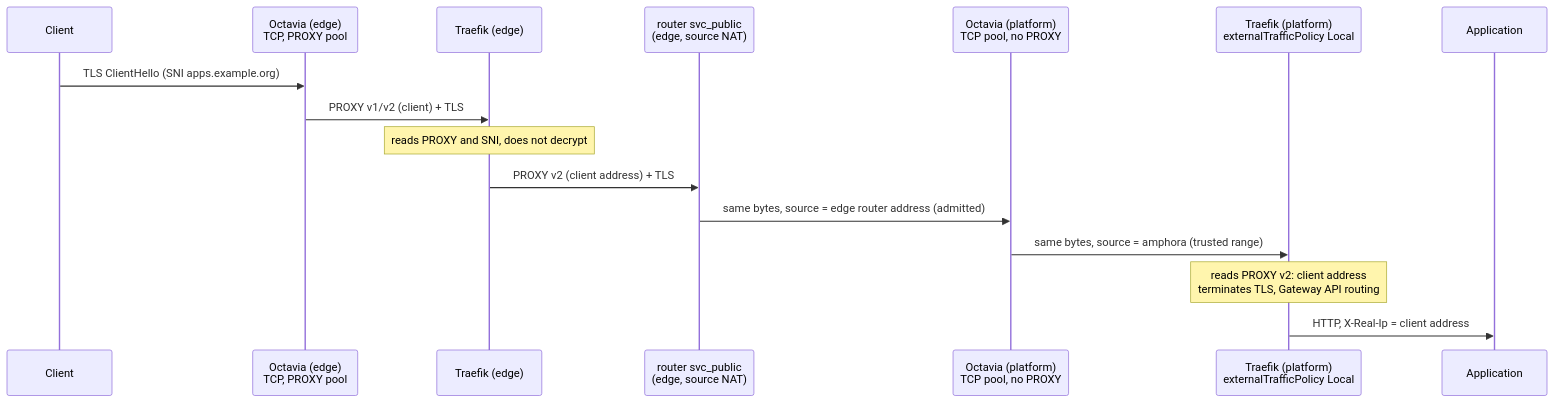
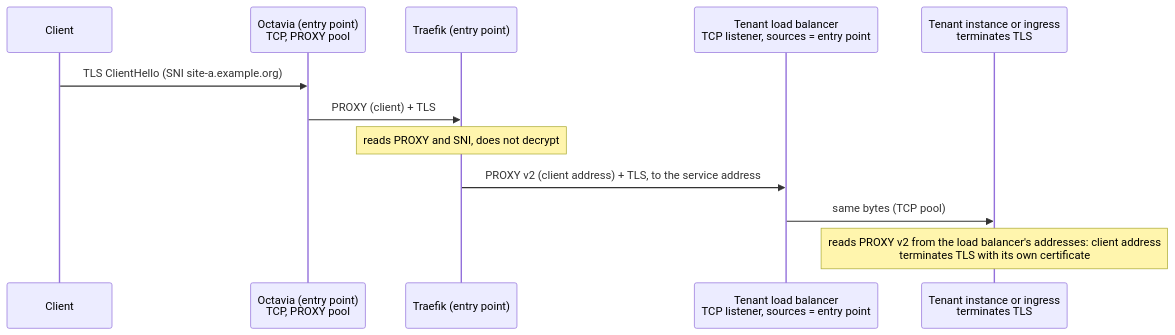
Before and after one commit to CyprisTech/openstack-multitenant-reference: the third of 8 diagrams in docs/concepts/architecture.md, drawn with Mermaid. The commit also changed other lines of this file and 67 other files, not shown here.

First line of the commit message:
Exposure by service addresses, routes through metadata, observability pushed

````diff
--- a/docs/concepts/architecture.md
+++ b/docs/concepts/architecture.md
@@ -105,18 +93,14 @@
 ```mermaid
 sequenceDiagram
     participant C as Client
-    participant E as Octavia (edge)<br/>TCP, PROXY pool
-    participant T as Traefik (edge)
-    participant R as router svc_public<br/>(edge, source NAT)
-    participant O as Octavia (platform)<br/>TCP pool, no PROXY
-    participant K as Traefik (platform)<br/>externalTrafficPolicy Local
-    participant A as Application
-    C->>E: TLS ClientHello (SNI apps.example.org)
-    E->>T: PROXY v1/v2 (client) + TLS
+    participant E as Octavia (entry point)<br/>TCP, PROXY pool
+    participant T as Traefik (entry point)
+    participant L as Tenant load balancer<br/>TCP listener, sources = entry point
+    participant B as Tenant instance or ingress<br/>terminates TLS
+    C->>E: TLS ClientHello (SNI site-a.example.org)
+    E->>T: PROXY (client) + TLS
     Note over T: reads PROXY and SNI, does not decrypt
-    T->>R: PROXY v2 (client address) + TLS
-    R->>O: same bytes, source = edge router address (admitted)
-    O->>K: same bytes, source = amphora (trusted range)
-    Note over K: reads PROXY v2: client address<br/>terminates TLS, Gateway API routing
-    K->>A: HTTP, X-Real-Ip = client address
+    T->>L: PROXY v2 (client address) + TLS, to the service address
+    L->>B: same bytes (TCP pool)
+    Note over B: reads PROXY v2 from the load balancer's addresses: client address<br/>terminates TLS with its own certificate
 ```
````
